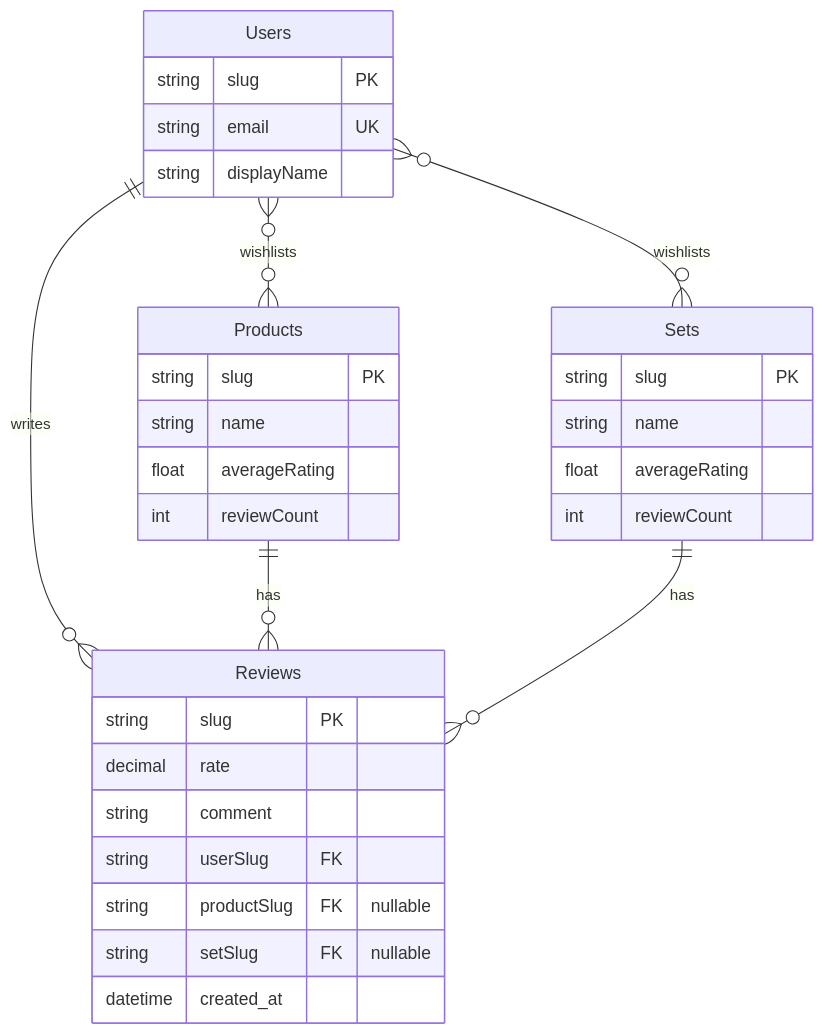
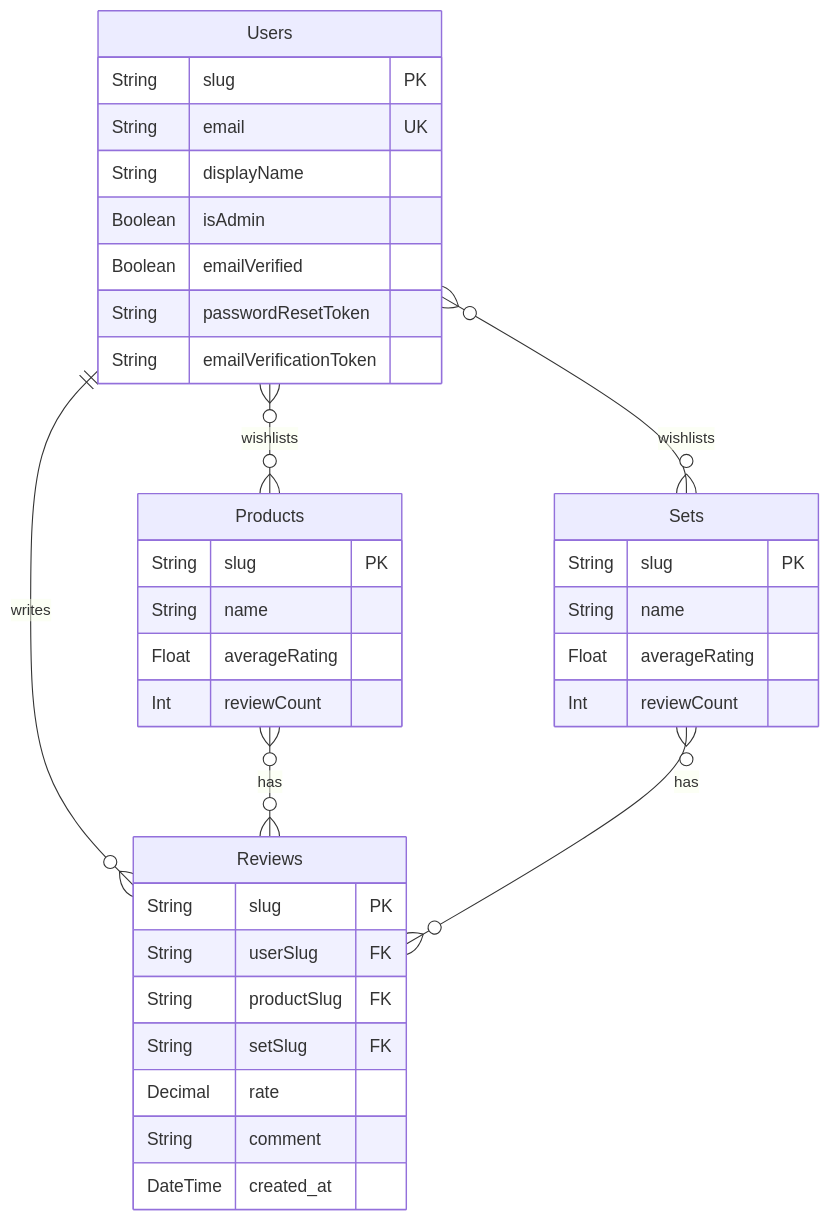
The third of 5 diagrams in docs/01-Overview/02-Tech-Stack-Concepts.md (aymanbazyan/storeflow-docs), drawn with Mermaid before and after one commit. The commit also changed other lines of this file and 13 other files, not shown here.

````diff
--- a/docs/01-Overview/02-Tech-Stack-Concepts.md
+++ b/docs/01-Overview/02-Tech-Stack-Concepts.md
@@ -135,41 +143,42 @@
 ```mermaid
 erDiagram
     Users {
-        string slug PK
-        string email UK
-        string displayName
+        String slug PK
+        String email UK
+        String displayName
+        Boolean isAdmin
+        Boolean emailVerified
+        String passwordResetToken
+        String emailVerificationToken
     }
 
     Reviews {
-        string slug PK
-        decimal rate
-        string comment
-        string userSlug FK
-        string productSlug FK "nullable"
-        string setSlug FK "nullable"
-        datetime created_at
+        String slug PK
+        String userSlug FK
+        String productSlug FK
+        String setSlug FK
+        Decimal rate
+        String comment
+        DateTime created_at
     }
 
-    %% Tables from other domains shown for context
     Products {
-        string slug PK
-        string name
-        float averageRating
-        int reviewCount
+        String slug PK
+        String name
+        Float averageRating
+        Int reviewCount
     }
 
     Sets {
-        string slug PK
-        string name
-        float averageRating
-        int reviewCount
+        String slug PK
+        String name
+        Float averageRating
+        Int reviewCount
     }
 
-    %% Relationships
     Users ||--o{ Reviews : "writes"
-    Products ||--o{ Reviews : "has"
-    Sets ||--o{ Reviews : "has"
-
+    Products }o--o{ Reviews : "has"
+    Sets }o--o{ Reviews : "has"
     Users }o--o{ Products : "wishlists"
     Users }o--o{ Sets : "wishlists"
 ```
````
